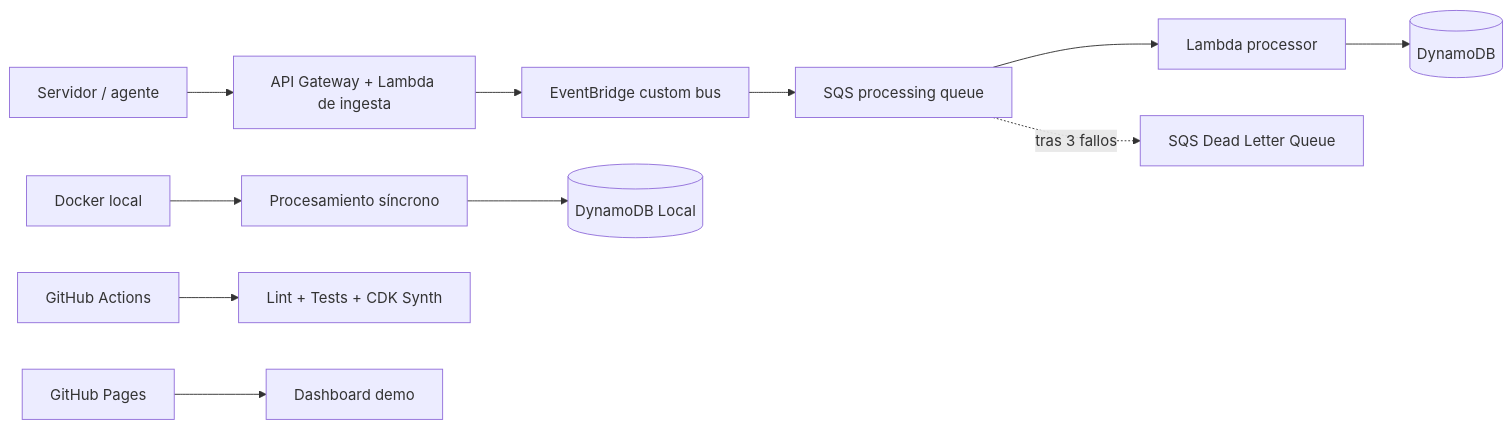
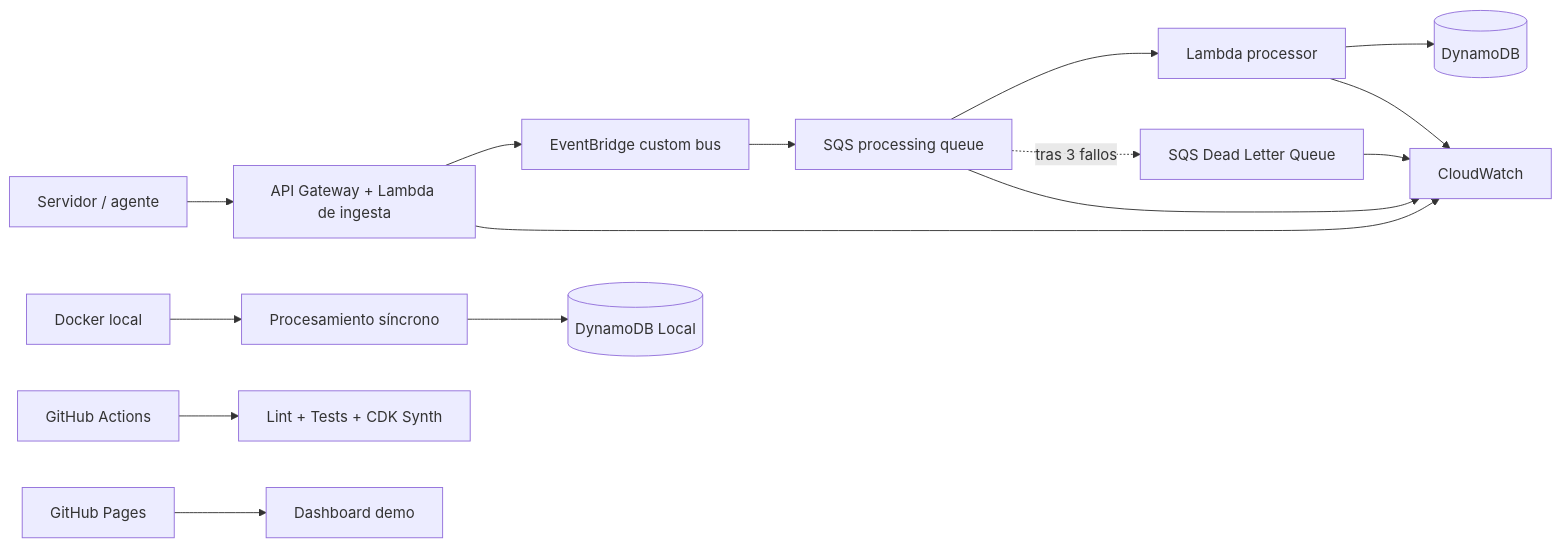
The diagram in README.md (fermarfer1982/aws-cloudops-incident-hub), drawn with Mermaid before and after one commit. The commit also changed other lines of this file and 5 other files, not shown here.

First line of the commit message:
feat: add CloudWatch observability and runbooks (#2)

````diff
--- a/README.md
+++ b/README.md
@@ -25,13 +27,17 @@
 ```mermaid
 flowchart LR
     S[Servidor / agente] --> API[API Gateway + Lambda de ingesta]
     API --> EB[EventBridge custom bus]
     EB --> Q[SQS processing queue]
     Q --> P[Lambda processor]
     Q -. tras 3 fallos .-> DLQ[SQS Dead Letter Queue]
     P --> DB[(DynamoDB)]
+    API --> CW[CloudWatch]
+    P --> CW
+    Q --> CW
+    DLQ --> CW
     LOCAL[Docker local] --> DIRECT[Procesamiento síncrono]
     DIRECT --> DDBL[(DynamoDB Local)]
     GH[GitHub Actions] --> CI[Lint + Tests + CDK Synth]
     PAGES[GitHub Pages] --> UI[Dashboard demo]
 ```
````
